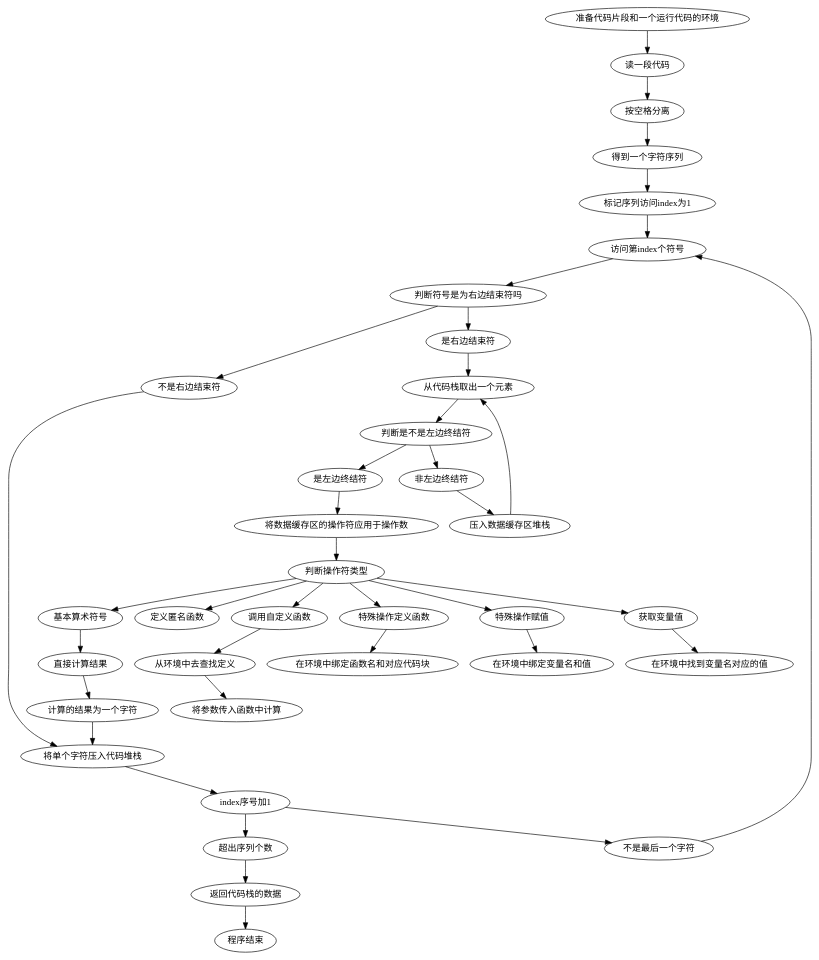
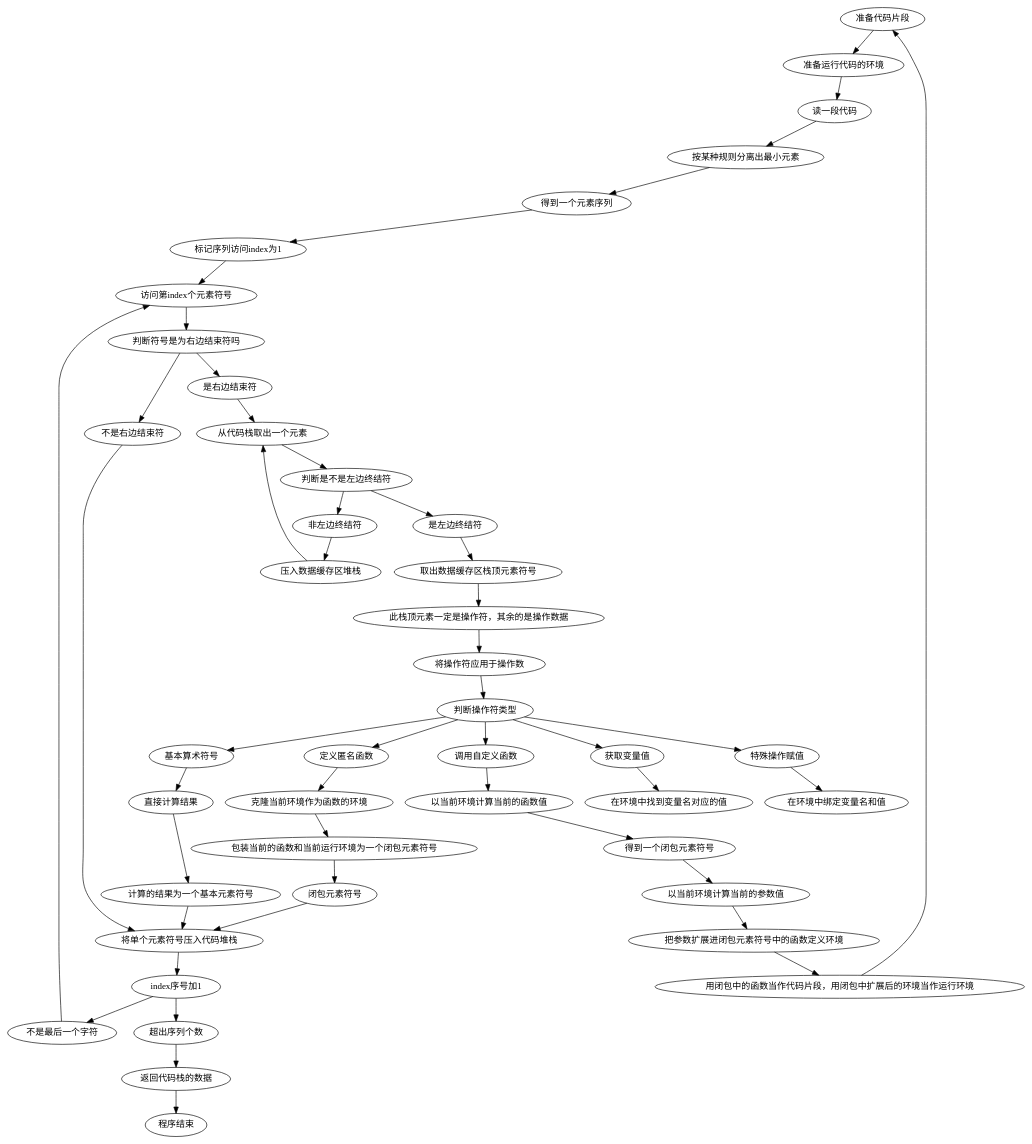
Before and after one commit to TLGK123/ReaktorEnginePre-Alpha: the diagram in Book/过程/test.dot, drawn with Graphviz.

Commit message:
完善思路

```diff
--- a/Book/过程/test.dot
+++ b/Book/过程/test.dot
@@ -1,31 +1,30 @@
 digraph graphname {
-    准备代码片段和一个运行代码的环境 ->读一段代码
-    读一段代码 -> 按空格分离
-    按空格分离 -> 得到一个字符序列
-    得到一个字符序列->标记序列访问index为1 -> 访问第index个符号
-    访问第index个符号 -> 判断符号是为右边结束符吗
+
+    准备代码片段 -> 准备运行代码的环境 ->读一段代码 -> 按某种规则分离出最小元素
+    按某种规则分离出最小元素 -> 得到一个元素序列 ->标记序列访问index为1 -> 访问第index个元素符号
+    访问第index个元素符号 -> 判断符号是为右边结束符吗
     判断符号是为右边结束符吗 -> 不是右边结束符
     判断符号是为右边结束符吗 -> 是右边结束符
-    不是右边结束符 -> 将单个字符压入代码堆栈 -> index序号加1
+    不是右边结束符 -> 将单个元素符号压入代码堆栈 -> index序号加1
     index序号加1 -> 超出序列个数
     index序号加1 -> 不是最后一个字符
-    不是最后一个字符 -> 访问第index个符号
+    不是最后一个字符 -> 访问第index个元素符号
     是右边结束符-> 从代码栈取出一个元素
     从代码栈取出一个元素 -> 判断是不是左边终结符
     判断是不是左边终结符 -> 是左边终结符
     判断是不是左边终结符 -> 非左边终结符
-    是左边终结符 -> 将数据缓存区的操作符应用于操作数
+    是左边终结符 -> 取出数据缓存区栈顶元素符号 ->此栈顶元素一定是操作符，其余的是操作数据
+    此栈顶元素一定是操作符，其余的是操作数据 -> 将操作符应用于操作数
     非左边终结符 -> 压入数据缓存区堆栈
-    计算的结果为一个字符 -> 将单个字符压入代码堆栈
+    计算的结果为一个基本元素符号 -> 将单个元素符号压入代码堆栈
     压入数据缓存区堆栈 -> 从代码栈取出一个元素
     超出序列个数 -> 返回代码栈的数据 -> 程序结束
-    将数据缓存区的操作符应用于操作数 -> 判断操作符类型 
-    判断操作符类型 -> 基本算术符号 -> 直接计算结果 -> 计算的结果为一个字符
-    判断操作符类型 -> 定义匿名函数
-    判断操作符类型 -> 调用自定义函数 -> 从环境中去查找定义 -> 将参数传入函数中计算
-    判断操作符类型 -> 特殊操作定义函数 -> 在环境中绑定函数名和对应代码块
+    将操作符应用于操作数 -> 判断操作符类型 
+    判断操作符类型 -> 基本算术符号 -> 直接计算结果 -> 计算的结果为一个基本元素符号
+    判断操作符类型 -> 获取变量值 -> 在环境中找到变量名对应的值
     判断操作符类型 -> 特殊操作赋值 -> 在环境中绑定变量名和值
-    判断操作符类型 -> 获取变量值 -> 在环境中找到变量名对应的值
-
-
+    判断操作符类型 -> 定义匿名函数 -> 克隆当前环境作为函数的环境-> 包装当前的函数和当前运行环境为一个闭包元素符号 -> 闭包元素符号-> 将单个元素符号压入代码堆栈
+    判断操作符类型 -> 调用自定义函数 ->以当前环境计算当前的函数值->得到一个闭包元素符号 -> 以当前环境计算当前的参数值 
+    以当前环境计算当前的参数值 -> 把参数扩展进闭包元素符号中的函数定义环境 ->用闭包中的函数当作代码片段，用闭包中扩展后的环境当作运行环境->准备代码片段
+   
 }
```
